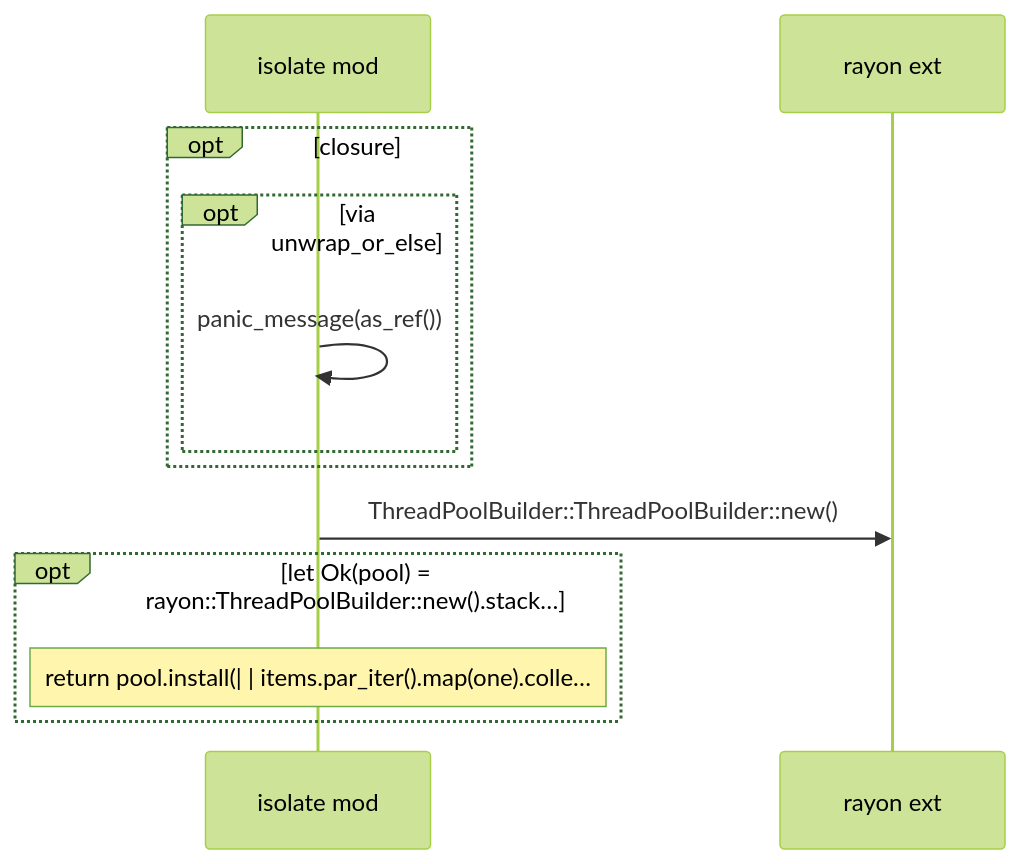
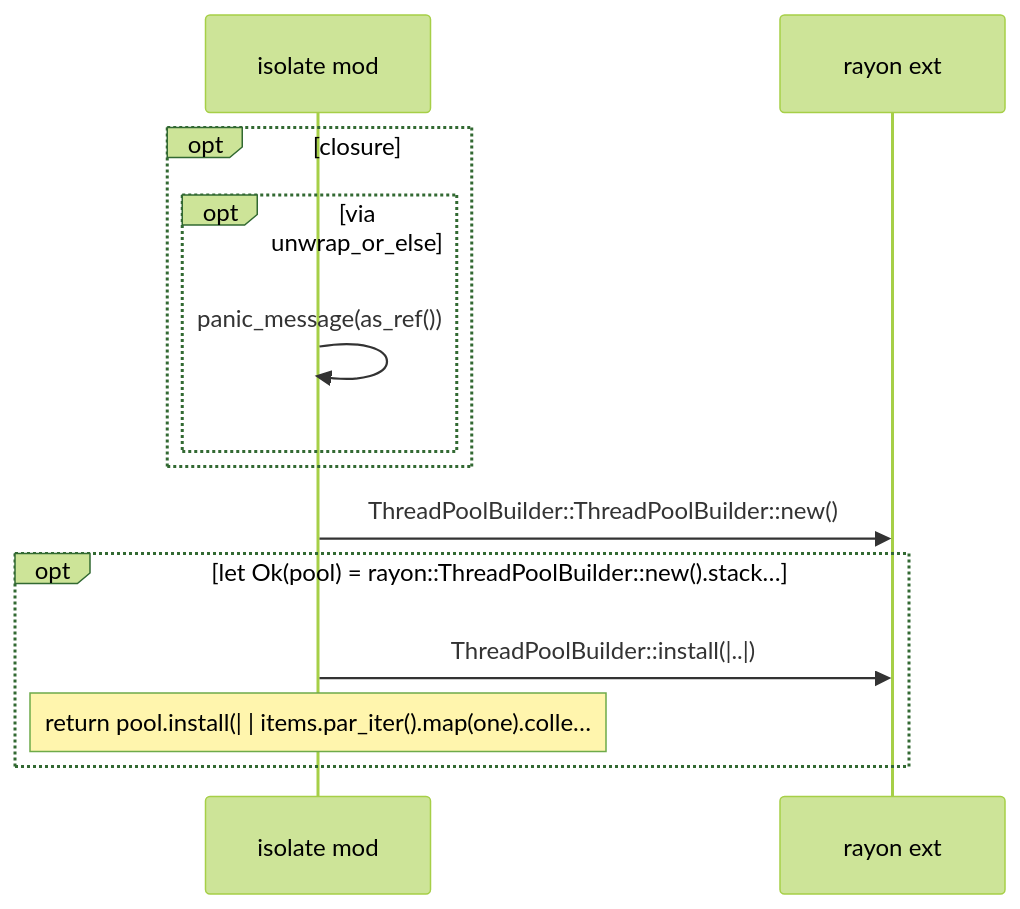
Before and after one commit to DreamLab-AI/codemaid: the second of 2 diagrams in docs/sealmap/crates/sealmap-frontend/src/isolate.rs.md, drawn with Mermaid (forest theme). The commit also changed other lines of this file and 45 other files, not shown here.

First line of the commit message:
docs: regenerate the self-corpus for sym: ids and schema v2

````diff
--- a/docs/sealmap/crates/sealmap-frontend/src/isolate.rs.md
+++ b/docs/sealmap/crates/sealmap-frontend/src/isolate.rs.md
@@ -28,14 +28,15 @@
 ```mermaid
 sequenceDiagram
   participant sealmap_frontend__isolate as isolate mod
-  participant rayon as rayon ext
+  participant _rayon as rayon ext
   opt closure
     opt via unwrap_or_else
       sealmap_frontend__isolate->>sealmap_frontend__isolate: panic_message(as_ref())
     end
   end
-  sealmap_frontend__isolate->>rayon: ThreadPoolBuilder::ThreadPoolBuilder::new()
+  sealmap_frontend__isolate->>_rayon: ThreadPoolBuilder::ThreadPoolBuilder::new()
   opt let Ok(pool) = rayon::ThreadPoolBuilder::new().stack…
+    sealmap_frontend__isolate->>_rayon: ThreadPoolBuilder::install(|..|)
     Note over sealmap_frontend__isolate: return pool.install(| | items.par_iter().map(one).colle…
   end
 ```
````
